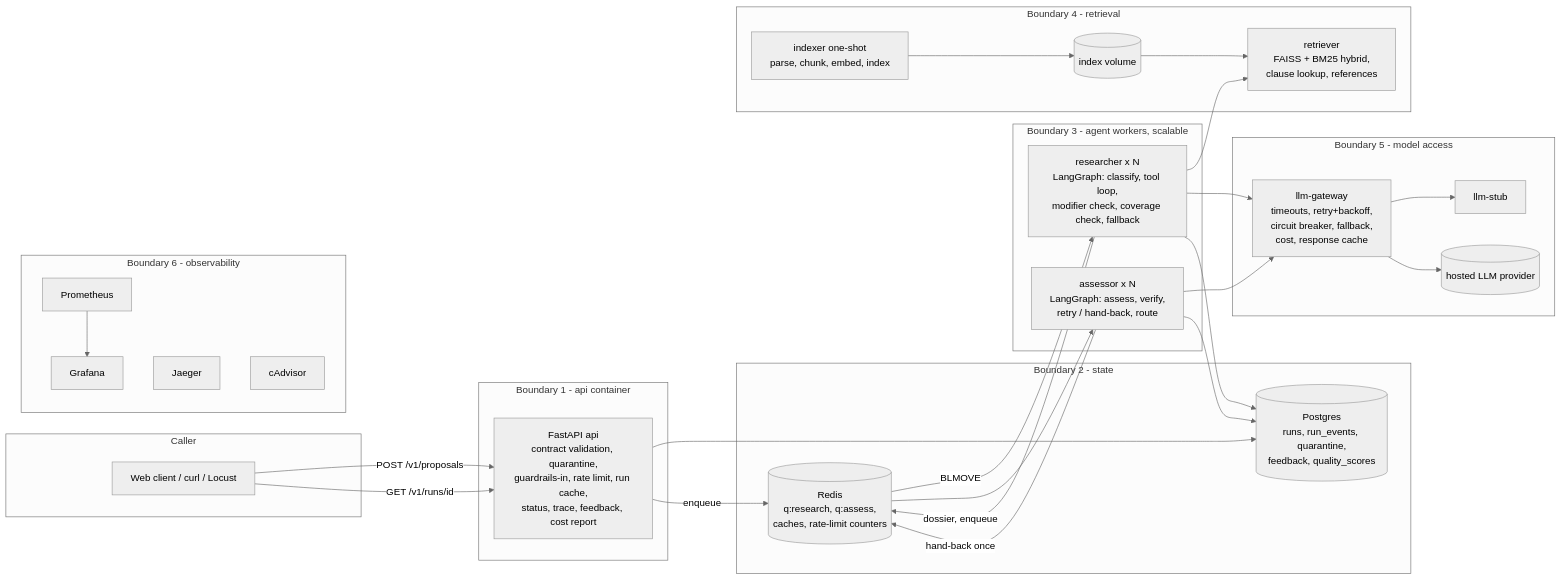
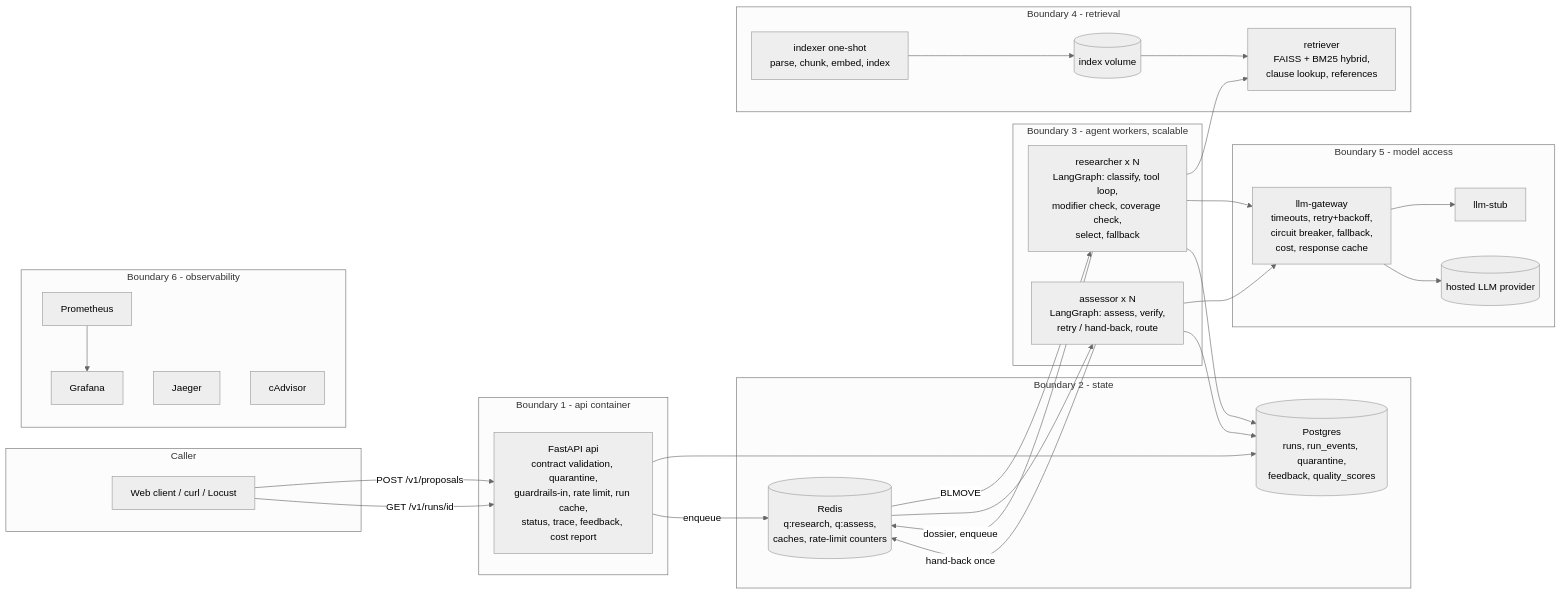
Before and after one commit to AadityaVijaywargi/MLOPS-MINI: the diagram in docs/architecture.md, drawn with Mermaid (neutral theme). The commit also changed other lines of this file and 44 other files, not shown here.

````diff
--- a/docs/architecture.md
+++ b/docs/architecture.md
@@ -5,48 +5,48 @@
 ```mermaid
 flowchart LR
   subgraph client[Caller]
     WEB[Web client / curl / Locust]
   end
   subgraph edge[Boundary 1 - api container]
     API[FastAPI api<br/>contract validation, quarantine,<br/>guardrails-in, rate limit, run cache,<br/>status, trace, feedback, cost report]
   end
   subgraph state[Boundary 2 - state]
     R[(Redis<br/>q:research, q:assess,<br/>caches, rate-limit counters)]
     PG[(Postgres<br/>runs, run_events, quarantine,<br/>feedback, quality_scores)]
   end
   subgraph agents[Boundary 3 - agent workers, scalable]
-    RS[researcher x N<br/>LangGraph: classify, tool loop,<br/>modifier check, coverage check, fallback]
+    RS[researcher x N<br/>LangGraph: classify, tool loop,<br/>modifier check, coverage check,<br/>select, fallback]
     AS[assessor x N<br/>LangGraph: assess, verify,<br/>retry / hand-back, route]
   end
   subgraph retrieval[Boundary 4 - retrieval]
     RET[retriever<br/>FAISS + BM25 hybrid,<br/>clause lookup, references]
     IDX[indexer one-shot<br/>parse, chunk, embed, index]
     VOL[(index volume)]
   end
   subgraph model[Boundary 5 - model access]
     GW[llm-gateway<br/>timeouts, retry+backoff,<br/>circuit breaker, fallback,<br/>cost, response cache]
     STUB[llm-stub]
     EXT[(hosted LLM provider)]
   end
   subgraph obs[Boundary 6 - observability]
     PROM[Prometheus] --> GRAF[Grafana]
     JAEG[Jaeger]
     CAD[cAdvisor]
   end
   WEB -->|POST /v1/proposals| API
   WEB -->|GET /v1/runs/id| API
   API --> PG
   API -->|enqueue| R
   R -->|BLMOVE| RS
   RS -->|dossier, enqueue| R
   R --> AS
   AS -->|hand-back once| R
   RS --> RET
   RS --> GW
   AS --> GW
   RS --> PG
   AS --> PG
   GW --> STUB
   GW --> EXT
   IDX --> VOL --> RET
 ```
````
